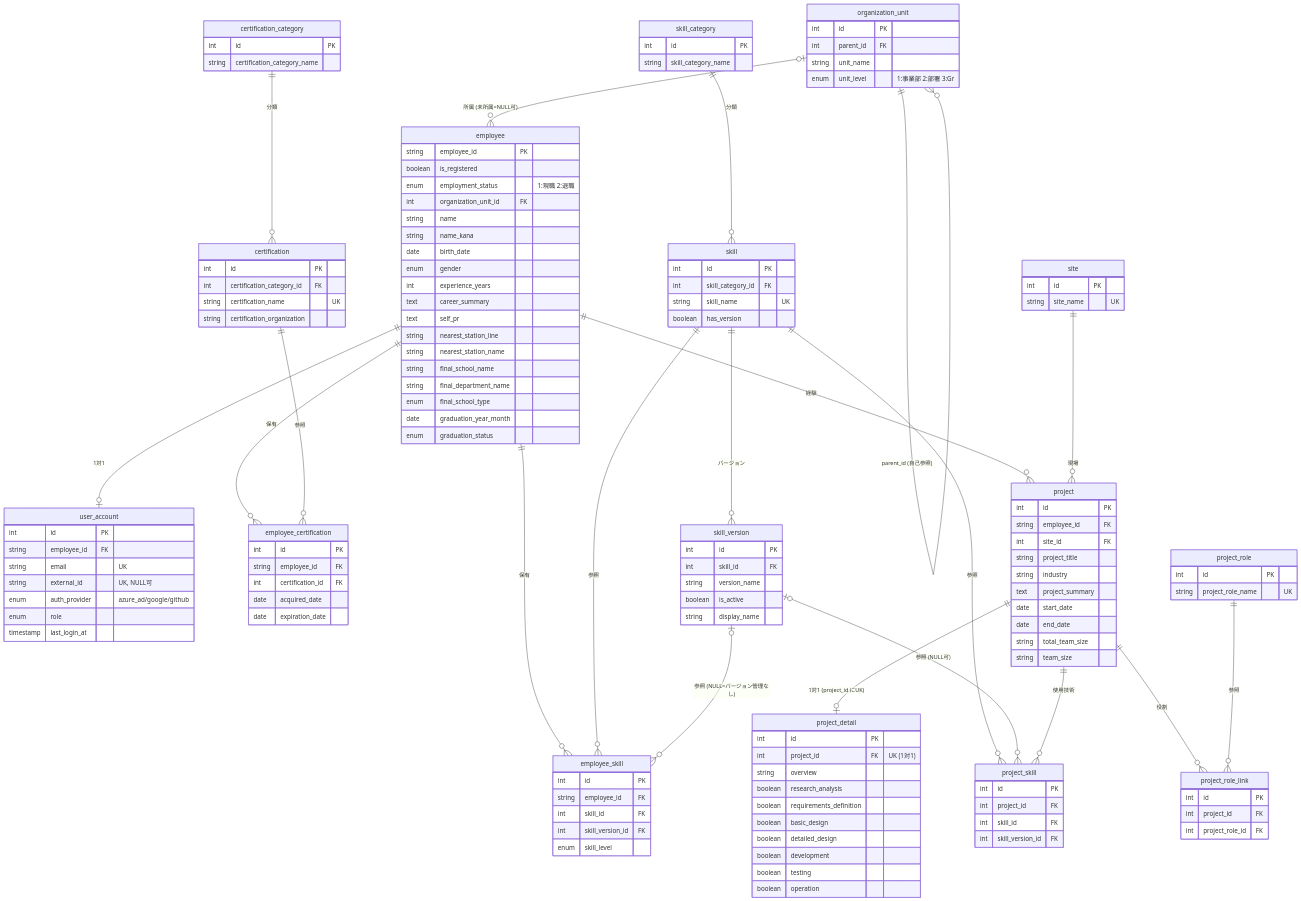
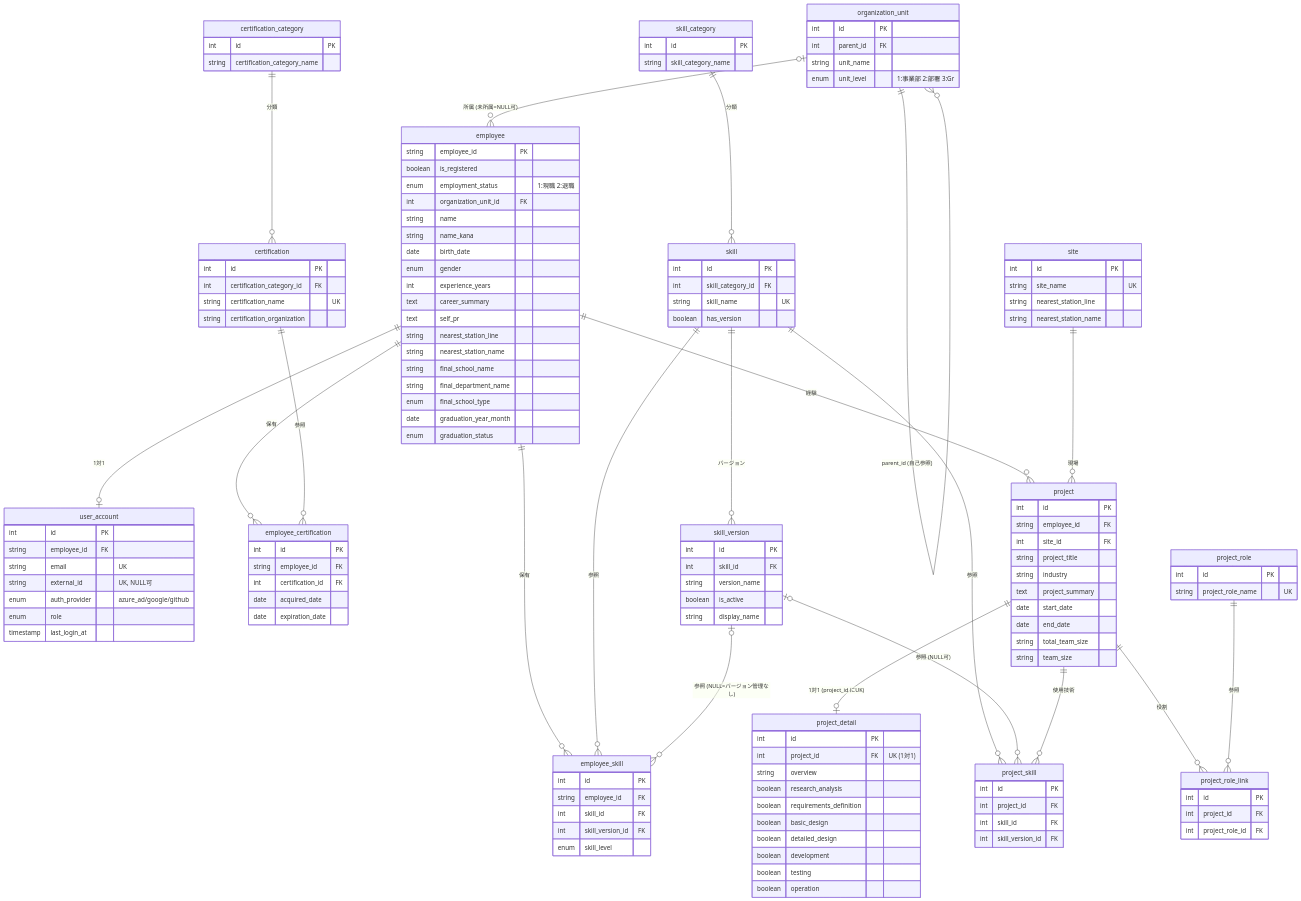
One commit to kinohim/talent-app changed the diagram in docs/er-diagram.md. Above: the diagram before and after it, drawn with Mermaid. The commit also changed 31 other files, not shown here.

```diff
--- a/docs/er-diagram.md
+++ b/docs/er-diagram.md
@@ -103,6 +103,8 @@
     site {
         int id PK
         string site_name "UK"
+        string nearest_station_line
+        string nearest_station_name
     }
     project {
         int id PK
```
